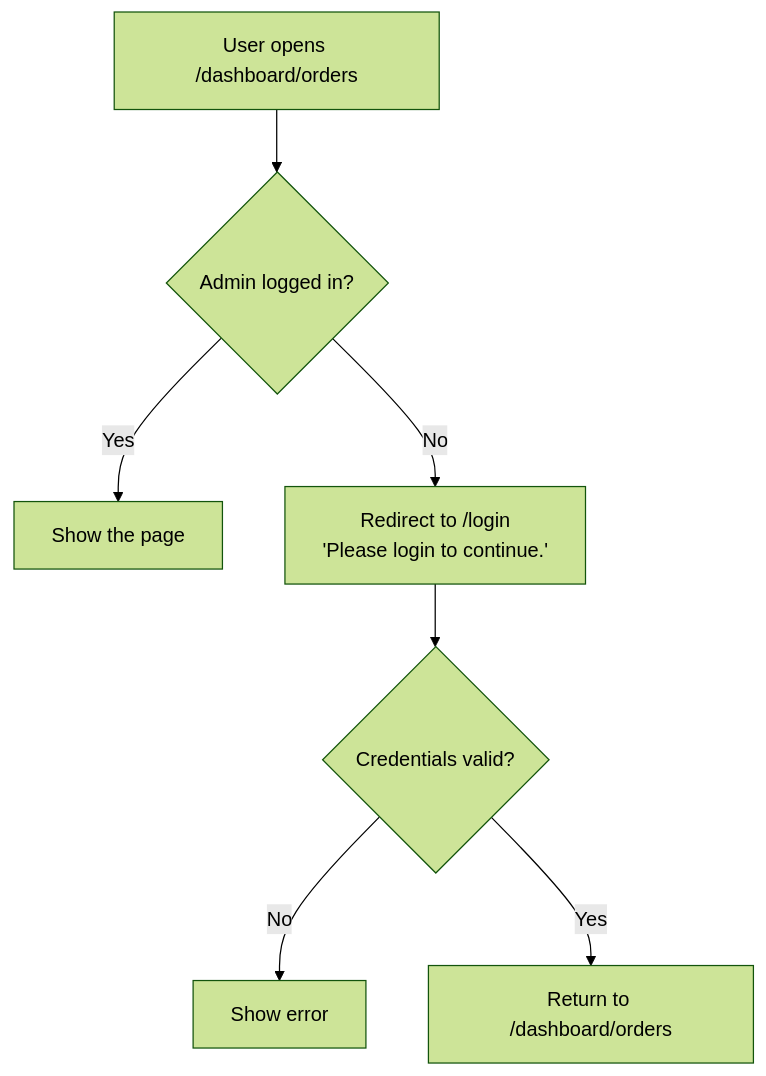
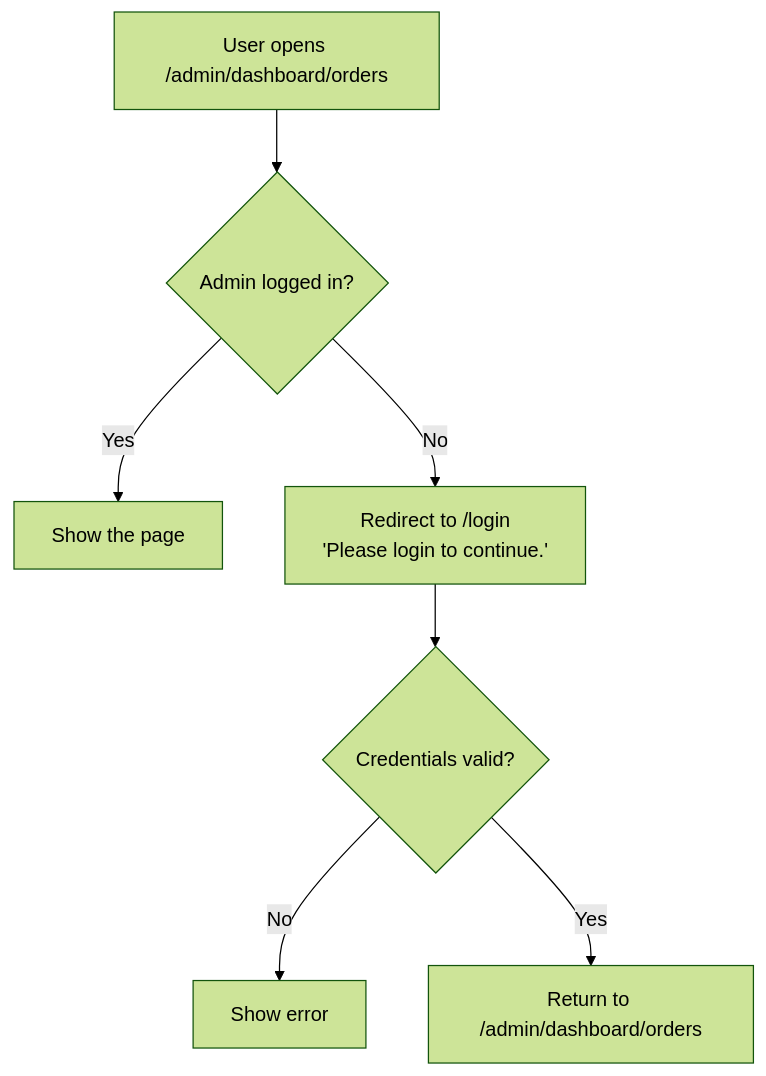
One commit to HassamKhan0826/React-E-Commerce-Admin-Management-System changed the sixth of 6 diagrams in README.md. Above: the diagram before and after it, drawn with Mermaid (forest theme). The commit also changed other lines of this file, not shown here.

Commit message:
docs: update README for admin routes, product images and cart counter

````diff
--- a/README.md
+++ b/README.md
@@ -340,9 +352,9 @@
 ```mermaid
 flowchart TD
-  A["User opens /dashboard/orders"] --> B{"Admin logged in?"}
+  A["User opens /admin/dashboard/orders"] --> B{"Admin logged in?"}
   B -- "Yes" --> C["Show the page"]
   B -- "No" --> D["Redirect to /login<br/>'Please login to continue.'"]
   D --> E{"Credentials valid?"}
   E -- "No" --> F["Show error"]
-  E -- "Yes" --> G["Return to /dashboard/orders"]
+  E -- "Yes" --> G["Return to /admin/dashboard/orders"]
 ```
````
